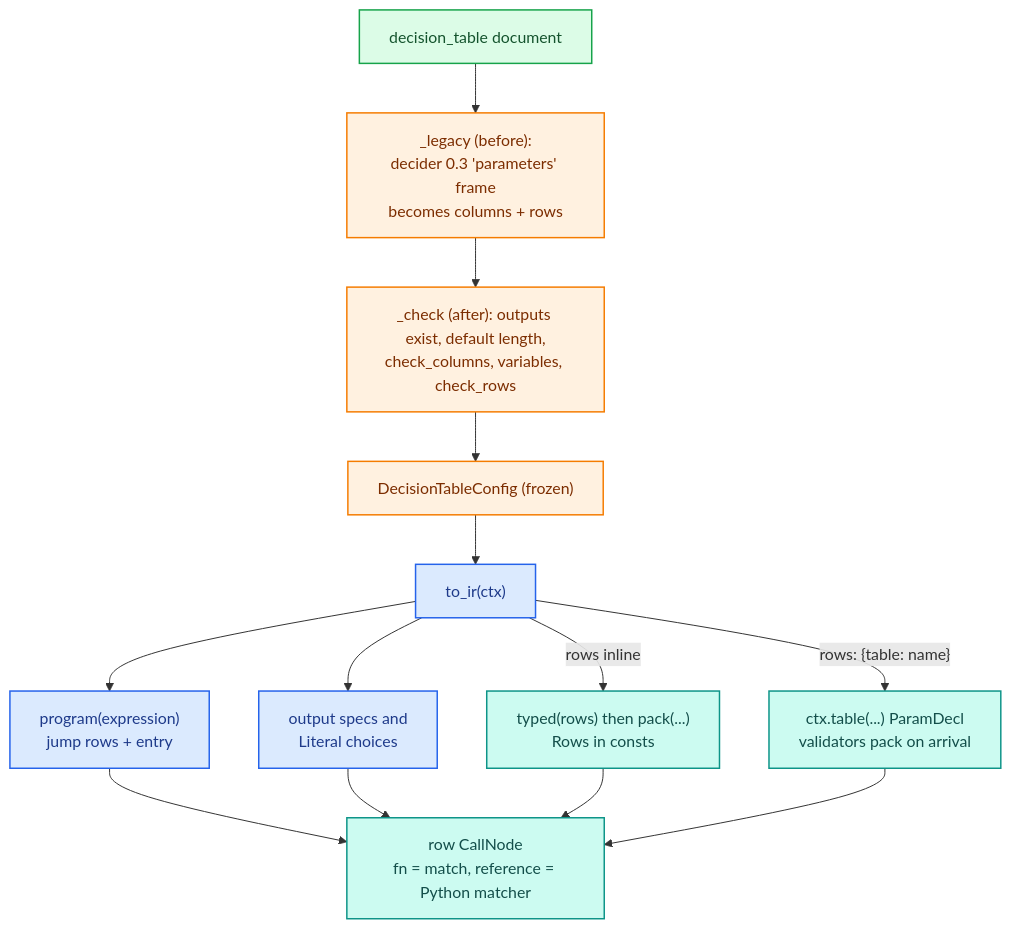
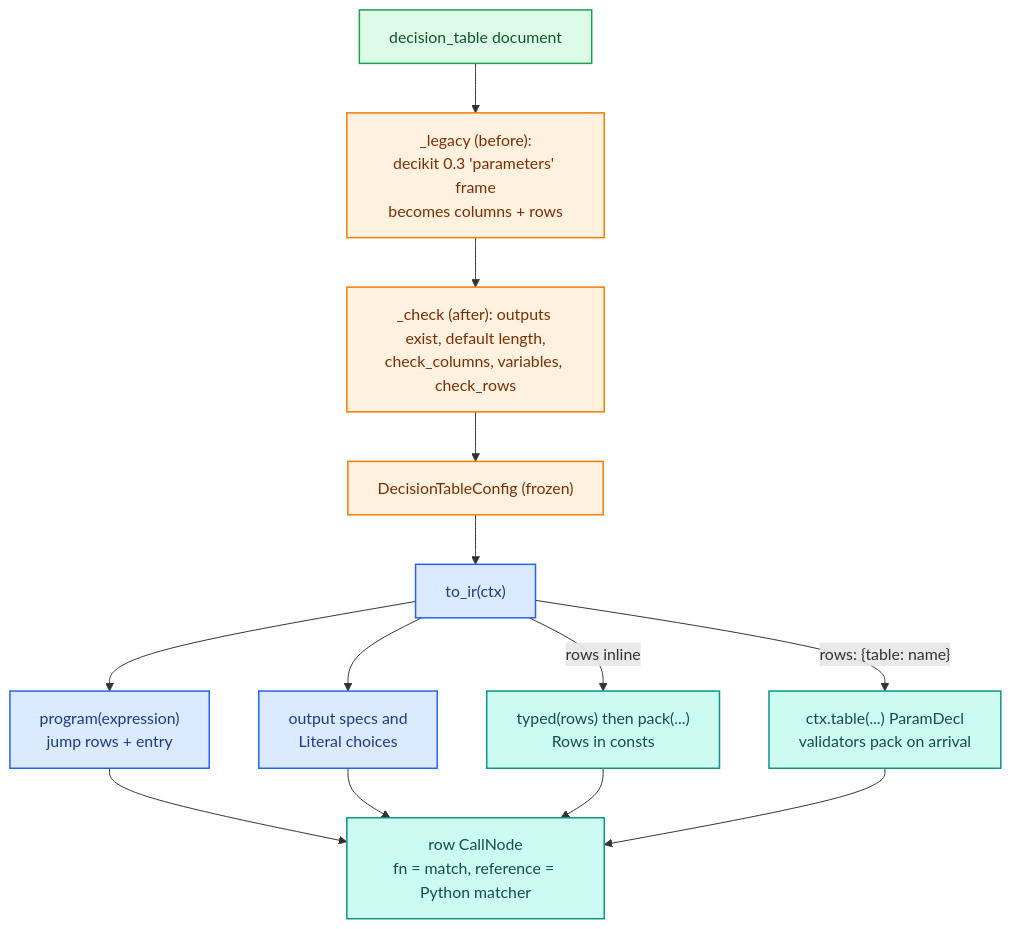
The first of 3 diagrams in docs/architecture/configurable-steps/tables.md (capitec/dsp-decision-engine), drawn with Mermaid before and after one commit. The commit also changed other lines of this file and 1292 other files, not shown here.

Commit message:
rename decider to decikit: package, CLI, DECIKIT_* settings, plugin, extension, docs prose says decider toolkit

````diff
--- a/docs/architecture/configurable-steps/tables.md
+++ b/docs/architecture/configurable-steps/tables.md
@@ -20,23 +20,23 @@
 ```mermaid
 flowchart TD
-    doc["decision_table document"] --> legacy["_legacy (before):<br/>decider 0.3 'parameters' frame<br/>becomes columns + rows"]
+    doc["decision_table document"] --> legacy["_legacy (before):<br/>decikit 0.3 'parameters' frame<br/>becomes columns + rows"]
     legacy --> check["_check (after): outputs exist, default length,<br/>check_columns, variables, check_rows"]
     check --> cfg["DecisionTableConfig (frozen)"]
     cfg --> ir["to_ir(ctx)"]
     ir --> prog["program(expression)<br/>jump rows + entry"]
     ir --> outs["output specs and<br/>Literal choices"]
     ir -- "rows inline" --> pack["typed(rows) then pack(...)<br/>Rows in consts"]
     ir -- "rows: {table: name}" --> param["ctx.table(...) ParamDecl<br/>validators pack on arrival"]
     prog --> node["row CallNode<br/>fn = match, reference = Python matcher"]
     outs --> node
     pack --> node
     param --> node
     classDef data fill:#dcfce7,stroke:#16a34a,color:#14532d,stroke-width:1.5px;
     classDef authoring fill:#fff1e0,stroke:#f57c00,color:#7c2d00,stroke-width:1.5px;
     classDef ir fill:#dbeafe,stroke:#2563eb,color:#1e3a8a,stroke-width:1.5px;
     classDef engine fill:#ccfbf1,stroke:#0d9488,color:#134e4a,stroke-width:1.5px;
     class doc data
     class legacy,check,cfg authoring
     class ir,prog,outs ir
     class pack,param,node engine
 ```
````
